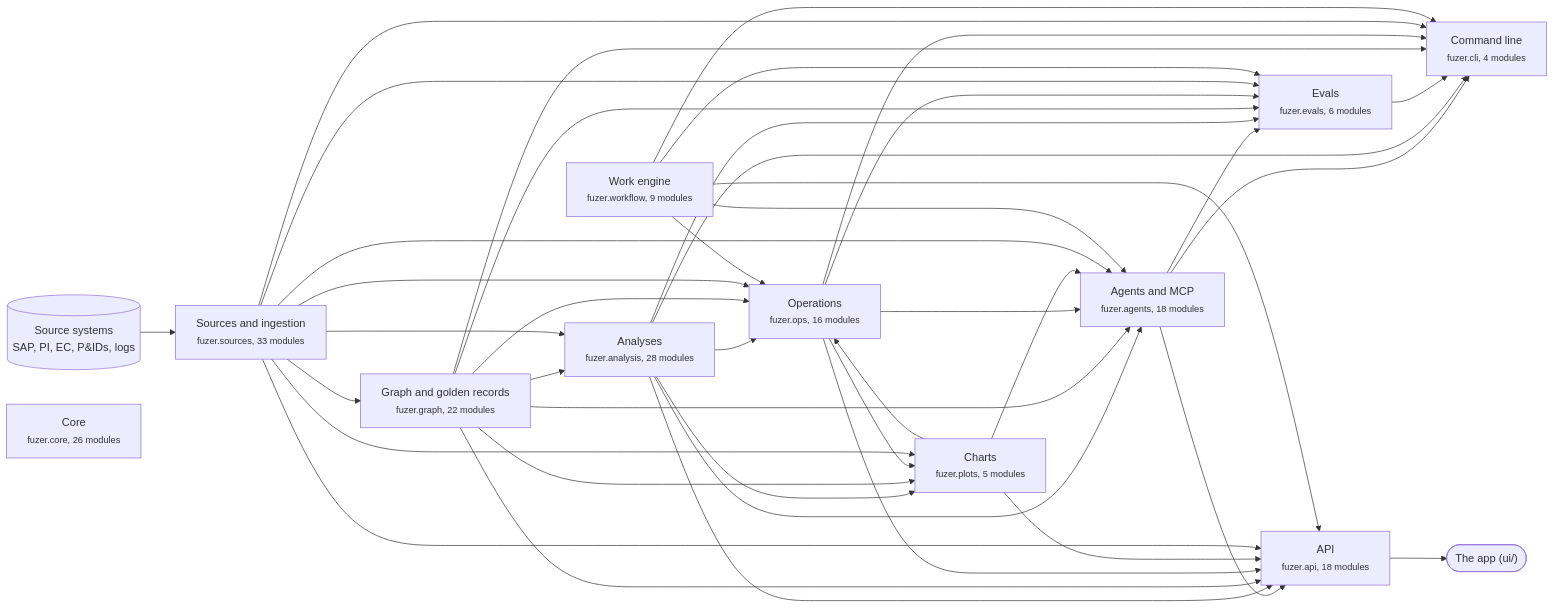
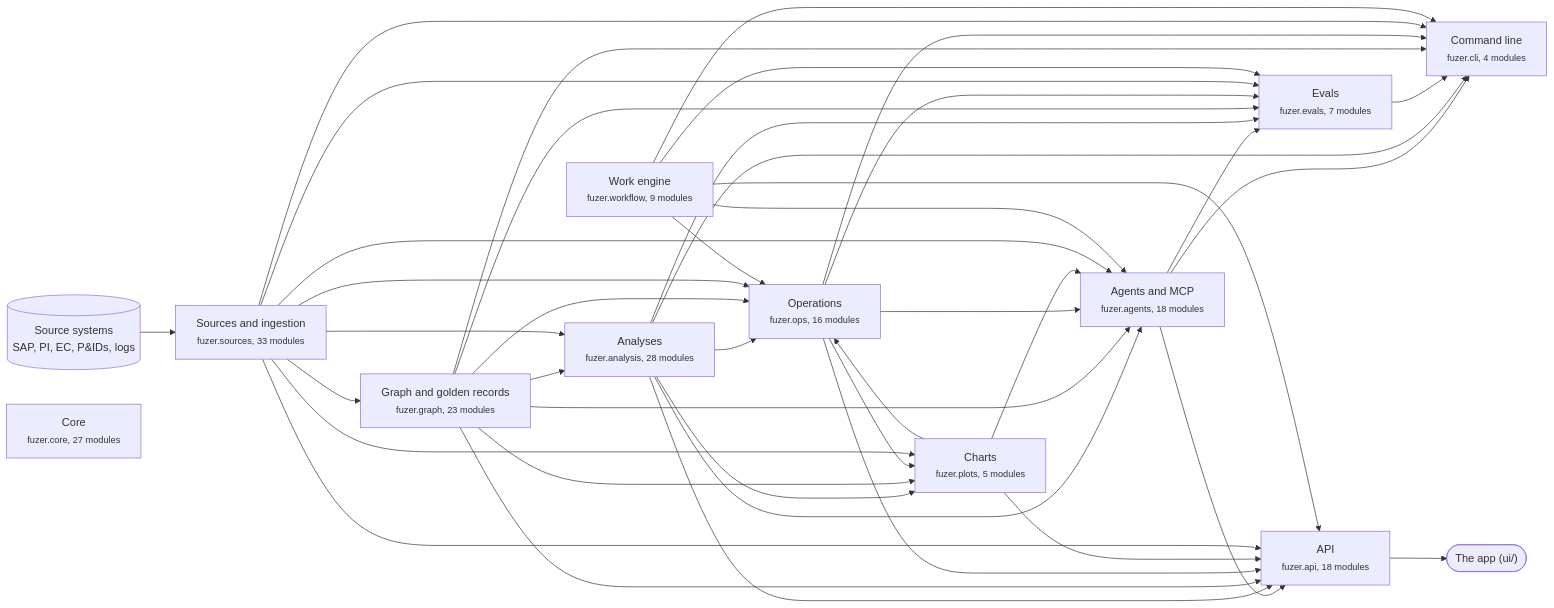
One commit to areed145/fuzer changed the first of 3 diagrams in docs/architecture.md. Above: the diagram before and after it, drawn with Mermaid. The commit also changed other lines of this file and 19 other files, not shown here.

````diff
--- a/docs/architecture.md
+++ b/docs/architecture.md
@@ -8,66 +8,66 @@
 ```mermaid
 flowchart LR
   systems[("Source systems<br>SAP, PI, EC, P&IDs, logs")] --> c_sources
   app(["The app (ui/)"])
   c_api --> app
   c_sources["Sources and ingestion<br><small>fuzer.sources, 33 modules</small>"]
-  c_graph["Graph and golden records<br><small>fuzer.graph, 22 modules</small>"]
+  c_graph["Graph and golden records<br><small>fuzer.graph, 23 modules</small>"]
   c_analysis["Analyses<br><small>fuzer.analysis, 28 modules</small>"]
   c_ops["Operations<br><small>fuzer.ops, 16 modules</small>"]
   c_plots["Charts<br><small>fuzer.plots, 5 modules</small>"]
   c_workflow["Work engine<br><small>fuzer.workflow, 9 modules</small>"]
   c_agents["Agents and MCP<br><small>fuzer.agents, 18 modules</small>"]
-  c_evals["Evals<br><small>fuzer.evals, 6 modules</small>"]
+  c_evals["Evals<br><small>fuzer.evals, 7 modules</small>"]
   c_api["API<br><small>fuzer.api, 18 modules</small>"]
   c_cli["Command line<br><small>fuzer.cli, 4 modules</small>"]
-  c_core["Core<br><small>fuzer.core, 26 modules</small>"]
+  c_core["Core<br><small>fuzer.core, 27 modules</small>"]
   c_sources --> c_graph
   c_graph --> c_analysis
   c_sources --> c_analysis
   c_analysis --> c_ops
   c_graph --> c_ops
   c_plots --> c_ops
   c_sources --> c_ops
   c_workflow --> c_ops
   c_analysis --> c_plots
   c_graph --> c_plots
   c_ops --> c_plots
   c_sources --> c_plots
   c_analysis --> c_agents
   c_graph --> c_agents
   c_ops --> c_agents
   c_plots --> c_agents
   c_sources --> c_agents
   c_workflow --> c_agents
   c_agents --> c_evals
   c_analysis --> c_evals
   c_graph --> c_evals
   c_ops --> c_evals
   c_sources --> c_evals
   c_workflow --> c_evals
   c_agents --> c_api
   c_analysis --> c_api
   c_graph --> c_api
   c_ops --> c_api
   c_plots --> c_api
   c_sources --> c_api
   c_workflow --> c_api
   c_agents --> c_cli
   c_analysis --> c_cli
   c_evals --> c_cli
   c_graph --> c_cli
   c_ops --> c_cli
   c_sources --> c_cli
   c_workflow --> c_cli
   click c_sources "https://github.com/areed145/fuzer/tree/main/src/fuzer/sources"
   click c_graph "https://github.com/areed145/fuzer/tree/main/src/fuzer/graph"
   click c_analysis "https://github.com/areed145/fuzer/tree/main/src/fuzer/analysis"
   click c_ops "https://github.com/areed145/fuzer/tree/main/src/fuzer/ops"
   click c_plots "https://github.com/areed145/fuzer/tree/main/src/fuzer/plots"
   click c_workflow "https://github.com/areed145/fuzer/tree/main/src/fuzer/workflow"
   click c_agents "https://github.com/areed145/fuzer/tree/main/src/fuzer/agents"
   click c_evals "https://github.com/areed145/fuzer/tree/main/src/fuzer/evals"
   click c_api "https://github.com/areed145/fuzer/tree/main/src/fuzer/api"
   click c_cli "https://github.com/areed145/fuzer/tree/main/src/fuzer/cli"
   click c_core "https://github.com/areed145/fuzer/tree/main/src/fuzer/core"
 ```
````
